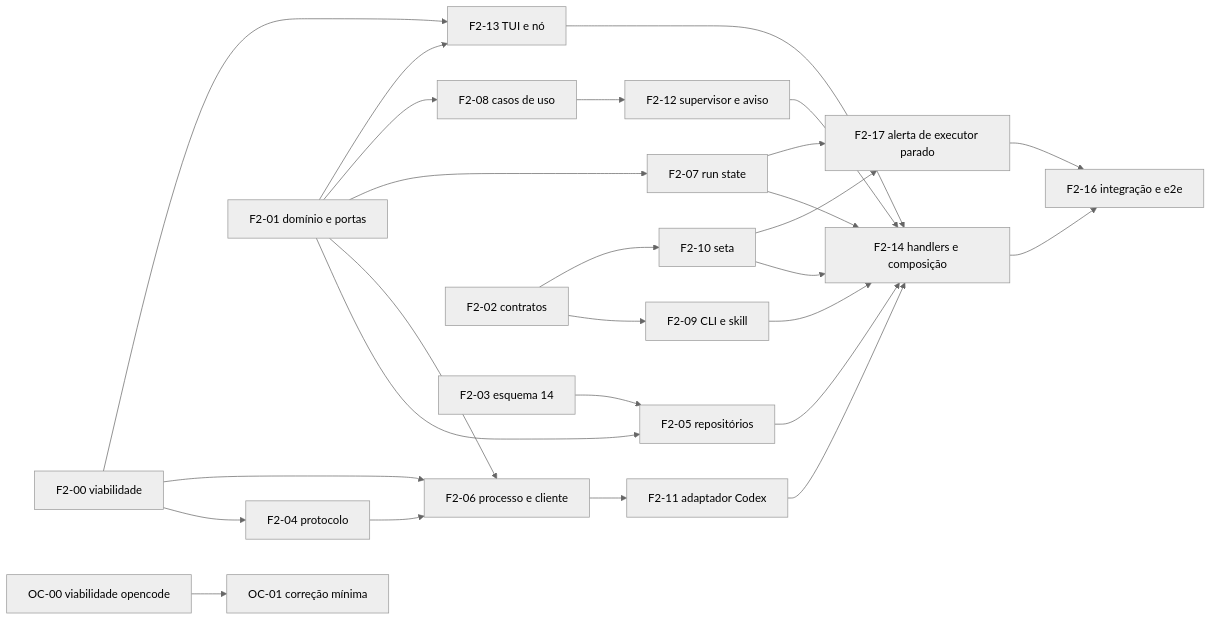
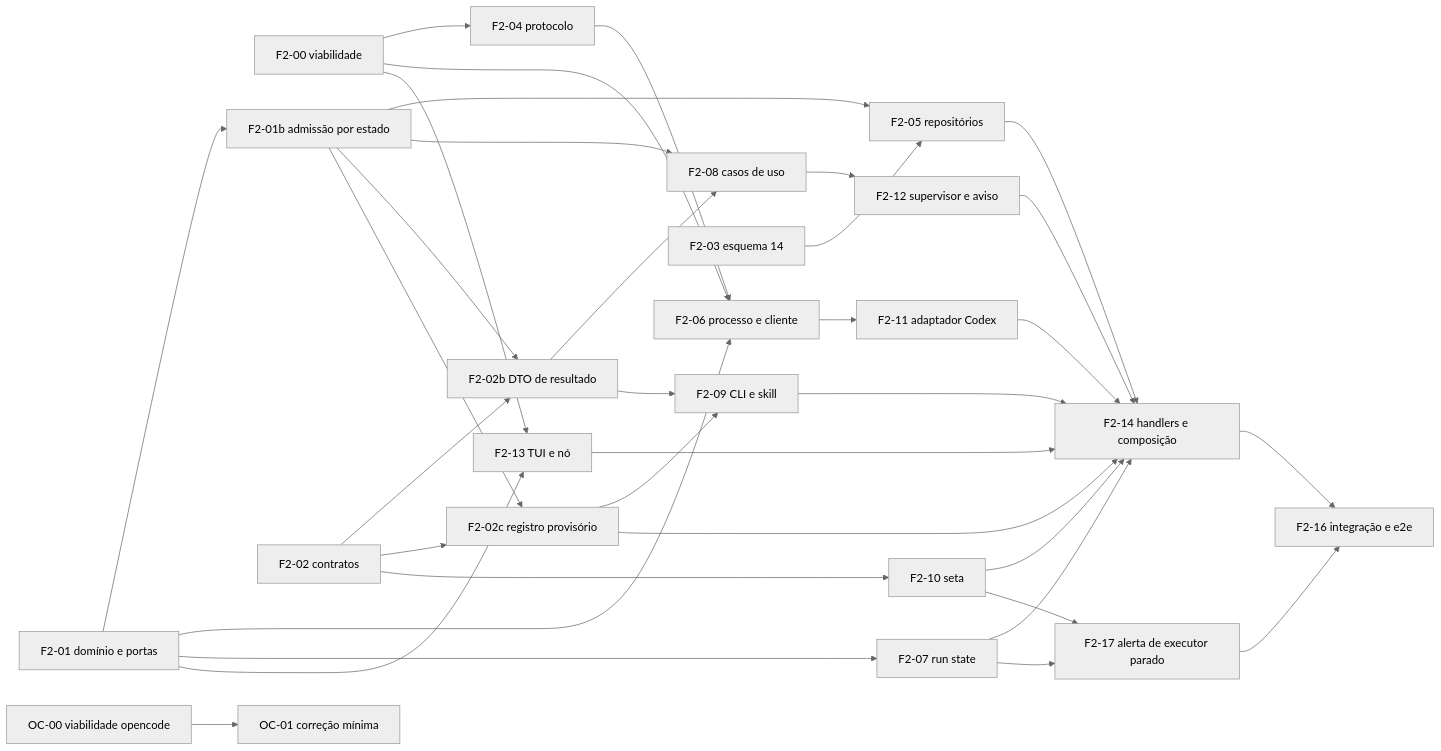
Before and after one commit to nevesbruno/assisto-glimpse: the diagram in docs/architecture/ORCHESTRATION_PHASE2_CARDS.md, drawn with Mermaid. The commit also changed other lines of this file and 6 other files, not shown here.

````diff
--- a/docs/architecture/ORCHESTRATION_PHASE2_CARDS.md
+++ b/docs/architecture/ORCHESTRATION_PHASE2_CARDS.md
@@ -29,30 +31,38 @@
 ```mermaid
 %%{init: {'theme': 'neutral'}}%%
 flowchart LR
   F200[F2-00 viabilidade] --> F204[F2-04 protocolo]
   F200 --> F206[F2-06 processo e cliente]
   F200 --> F213[F2-13 TUI e nó]
-  F201[F2-01 domínio e portas] --> F205[F2-05 repositórios]
+  F201[F2-01 domínio e portas] --> F201b[F2-01b admissão por estado]
+  F201b --> F205[F2-05 repositórios]
   F201 --> F206
   F201 --> F207[F2-07 run state]
-  F201 --> F208[F2-08 casos de uso]
+  F201b --> F208[F2-08 casos de uso]
   F201 --> F213
-  F202[F2-02 contratos] --> F209[F2-09 CLI e skill]
+  F202[F2-02 contratos] --> F202b[F2-02b DTO de resultado]
+  F202 --> F202c[F2-02c registro provisório]
+  F201b --> F202b
+  F201b --> F202c
   F202 --> F210[F2-10 seta]
   F203[F2-03 esquema 14] --> F205
   F204 --> F206
+  F202b --> F208
+  F202b --> F209[F2-09 CLI e skill]
+  F202c --> F209
   F206 --> F211[F2-11 adaptador Codex]
   F208 --> F212[F2-12 supervisor e aviso]
   F205 --> F214[F2-14 handlers e composição]
   F207 --> F214
   F209 --> F214
   F210 --> F214
   F211 --> F214
   F212 --> F214
   F213 --> F214
+  F202c --> F214
   F207 --> F217[F2-17 alerta de executor parado]
   F210 --> F217
   F214 --> F216[F2-16 integração e e2e]
   F217 --> F216
   OC00[OC-00 viabilidade opencode] --> OC01[OC-01 correção mínima]
 ```
````
